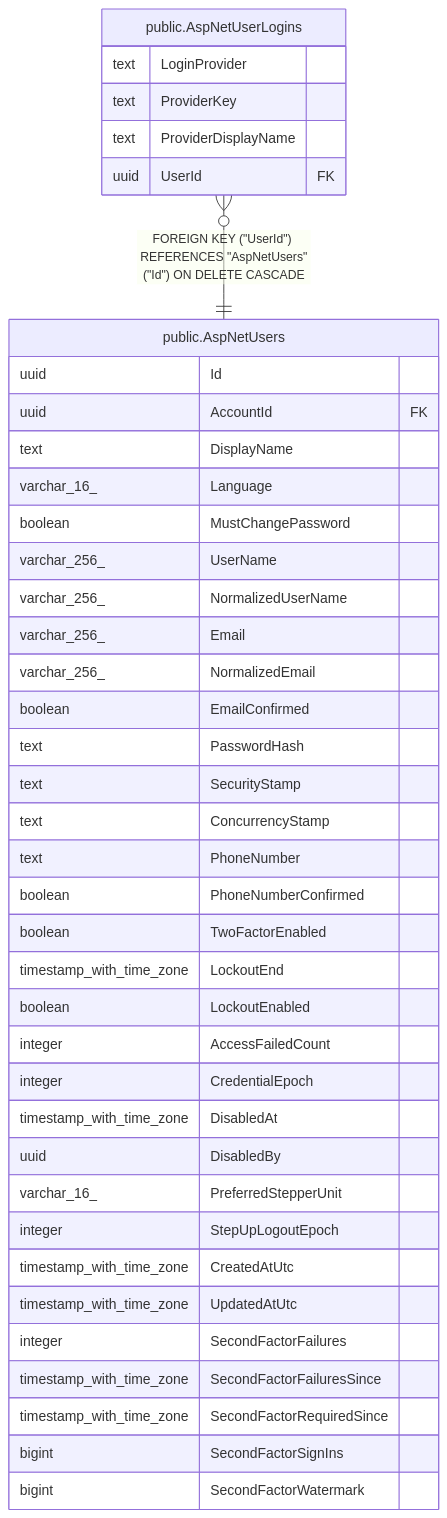
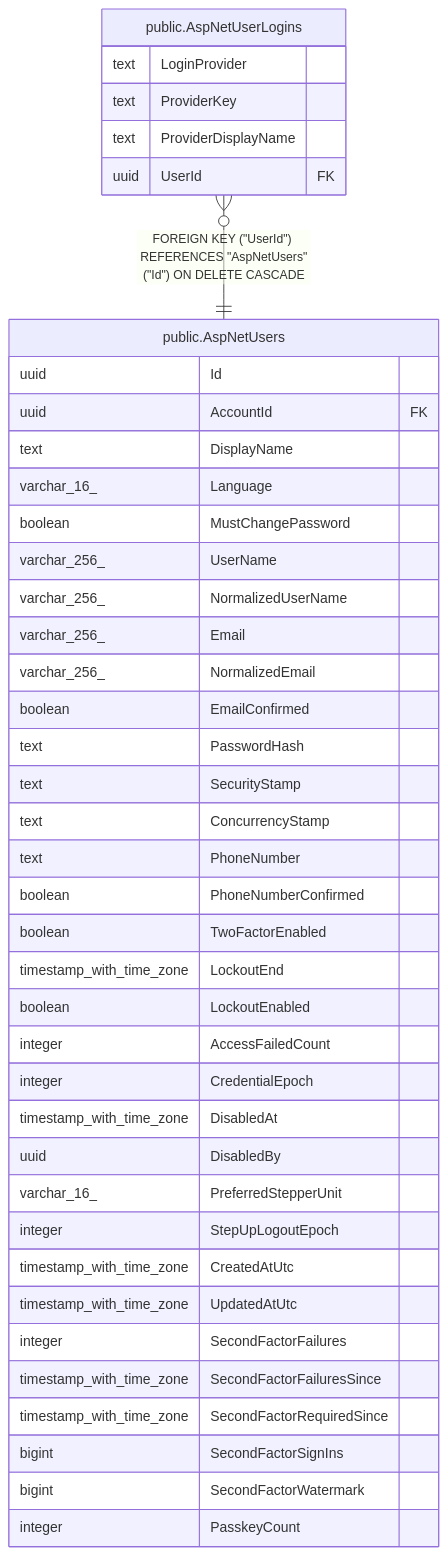
The diagram in docs/schema/public.AspNetUserLogins.md (mforce/cluckwork), drawn with Mermaid before and after one commit. The commit also changed 109 other files, not shown here.

````diff
--- a/docs/schema/public.AspNetUserLogins.md
+++ b/docs/schema/public.AspNetUserLogins.md
@@ -37,45 +37,46 @@
 ```mermaid
 erDiagram
 
 "public.AspNetUserLogins" }o--|| "public.AspNetUsers" : "FOREIGN KEY (#quot;UserId#quot;) REFERENCES #quot;AspNetUsers#quot;(#quot;Id#quot;) ON DELETE CASCADE"
 
 "public.AspNetUserLogins" {
   text LoginProvider
   text ProviderKey
   text ProviderDisplayName
   uuid UserId FK
 }
 "public.AspNetUsers" {
   uuid Id
   uuid AccountId FK
   text DisplayName
   varchar_16_ Language
   boolean MustChangePassword
   varchar_256_ UserName
   varchar_256_ NormalizedUserName
   varchar_256_ Email
   varchar_256_ NormalizedEmail
   boolean EmailConfirmed
   text PasswordHash
   text SecurityStamp
   text ConcurrencyStamp
   text PhoneNumber
   boolean PhoneNumberConfirmed
   boolean TwoFactorEnabled
   timestamp_with_time_zone LockoutEnd
   boolean LockoutEnabled
   integer AccessFailedCount
   integer CredentialEpoch
   timestamp_with_time_zone DisabledAt
   uuid DisabledBy
   varchar_16_ PreferredStepperUnit
   integer StepUpLogoutEpoch
   timestamp_with_time_zone CreatedAtUtc
   timestamp_with_time_zone UpdatedAtUtc
   integer SecondFactorFailures
   timestamp_with_time_zone SecondFactorFailuresSince
   timestamp_with_time_zone SecondFactorRequiredSince
   bigint SecondFactorSignIns
   bigint SecondFactorWatermark
+  integer PasskeyCount
 }
 ```
````
